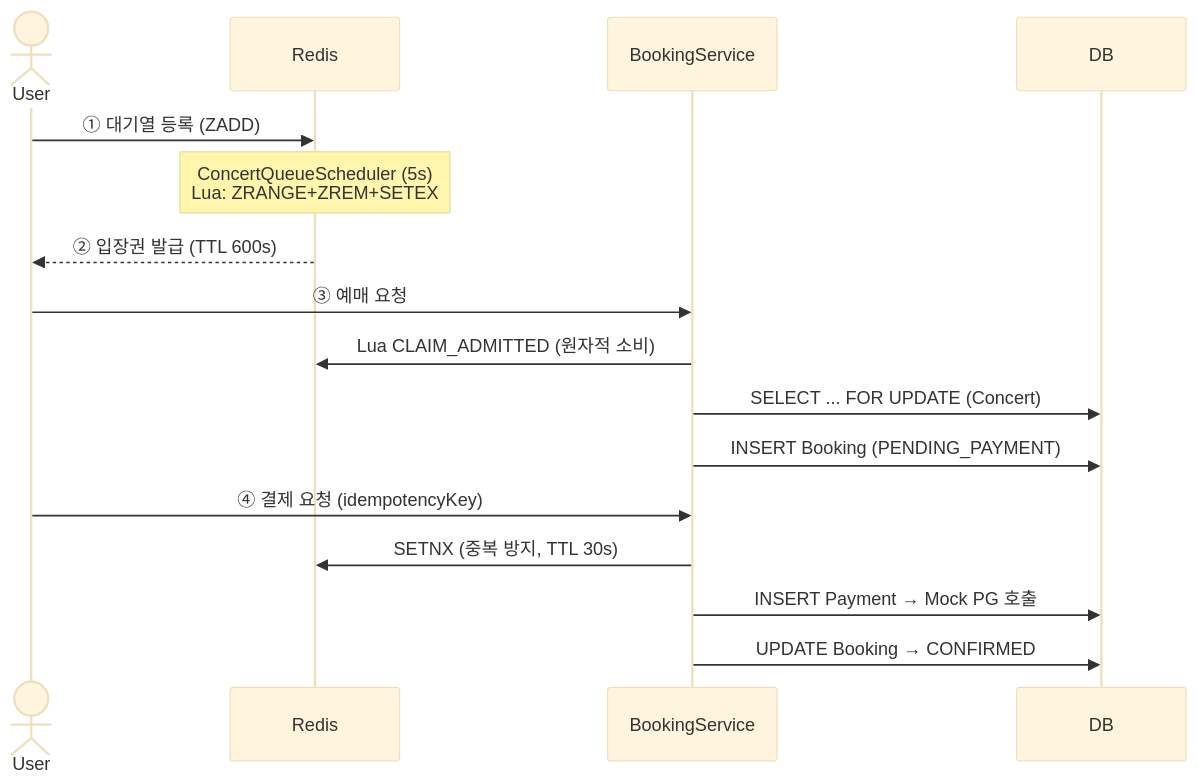
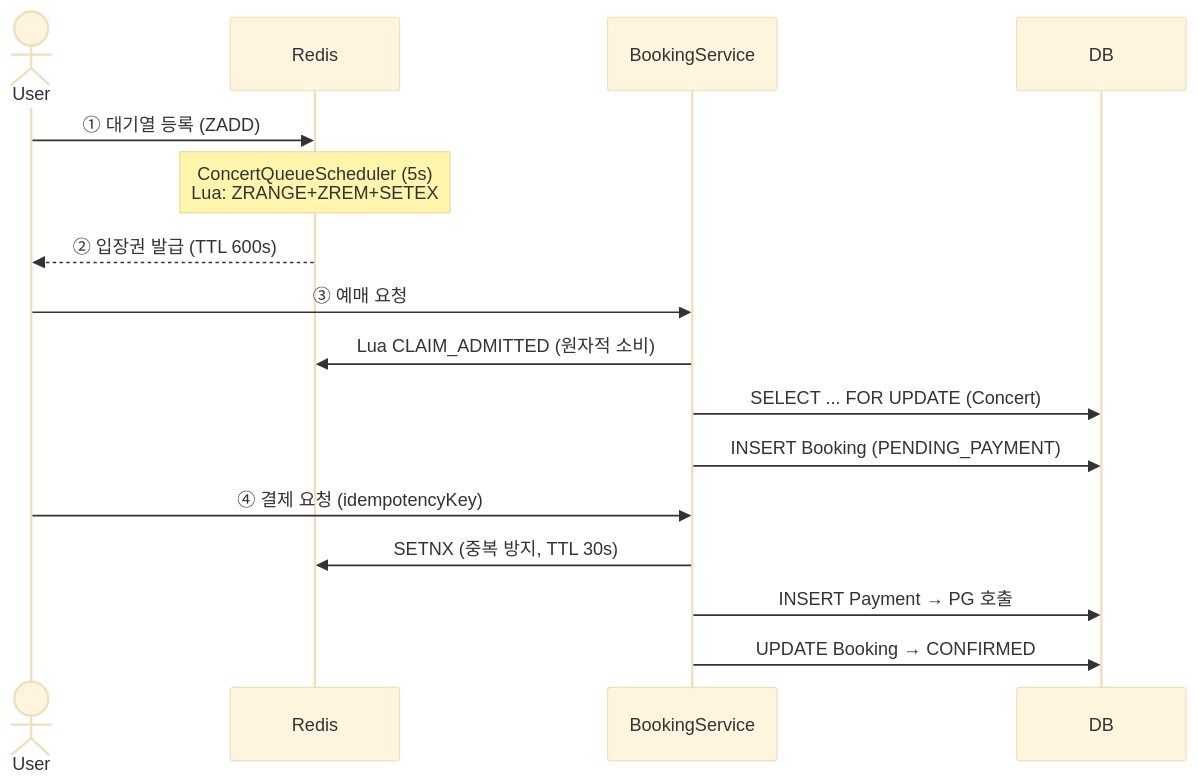
Before and after one commit to hak0622/ticketflow: the first of 2 diagrams in README.md, drawn with Mermaid (base theme). The commit also changed other lines of this file, not shown here.

````diff
--- a/README.md
+++ b/README.md
@@ -69,19 +207,19 @@
 ```mermaid
 sequenceDiagram
     actor User
     participant Redis
     participant BookingService
     participant DB
 
     User->>Redis: ① 대기열 등록 (ZADD)
     Note over Redis: ConcertQueueScheduler (5s)<br/>Lua: ZRANGE+ZREM+SETEX
     Redis-->>User: ② 입장권 발급 (TTL 600s)
     User->>BookingService: ③ 예매 요청
     BookingService->>Redis: Lua CLAIM_ADMITTED (원자적 소비)
     BookingService->>DB: SELECT ... FOR UPDATE (Concert)
     BookingService->>DB: INSERT Booking (PENDING_PAYMENT)
     User->>BookingService: ④ 결제 요청 (idempotencyKey)
     BookingService->>Redis: SETNX (중복 방지, TTL 30s)
-    BookingService->>DB: INSERT Payment → Mock PG 호출
+    BookingService->>DB: INSERT Payment → PG 호출
     BookingService->>DB: UPDATE Booking → CONFIRMED
 ```
````
